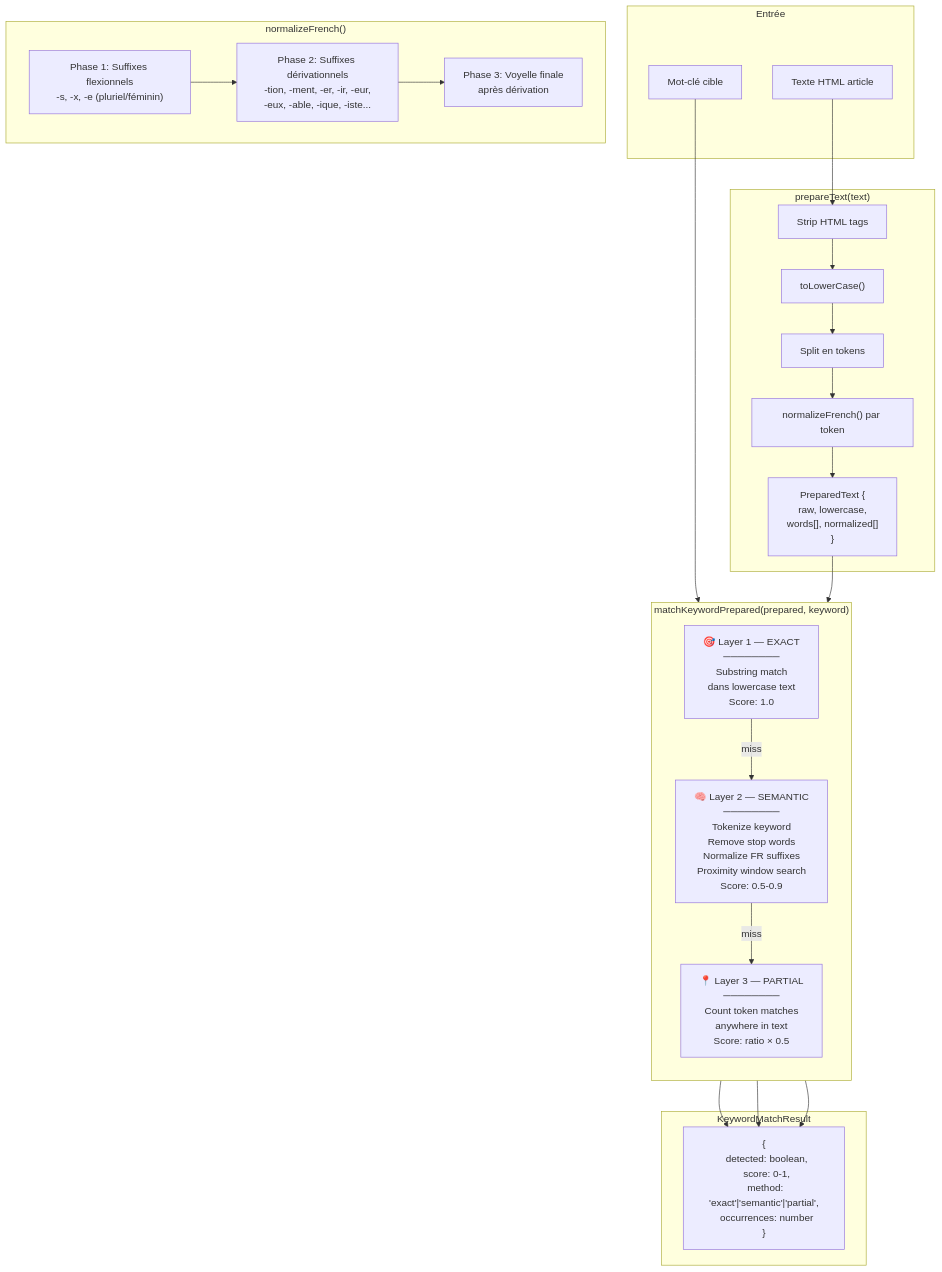
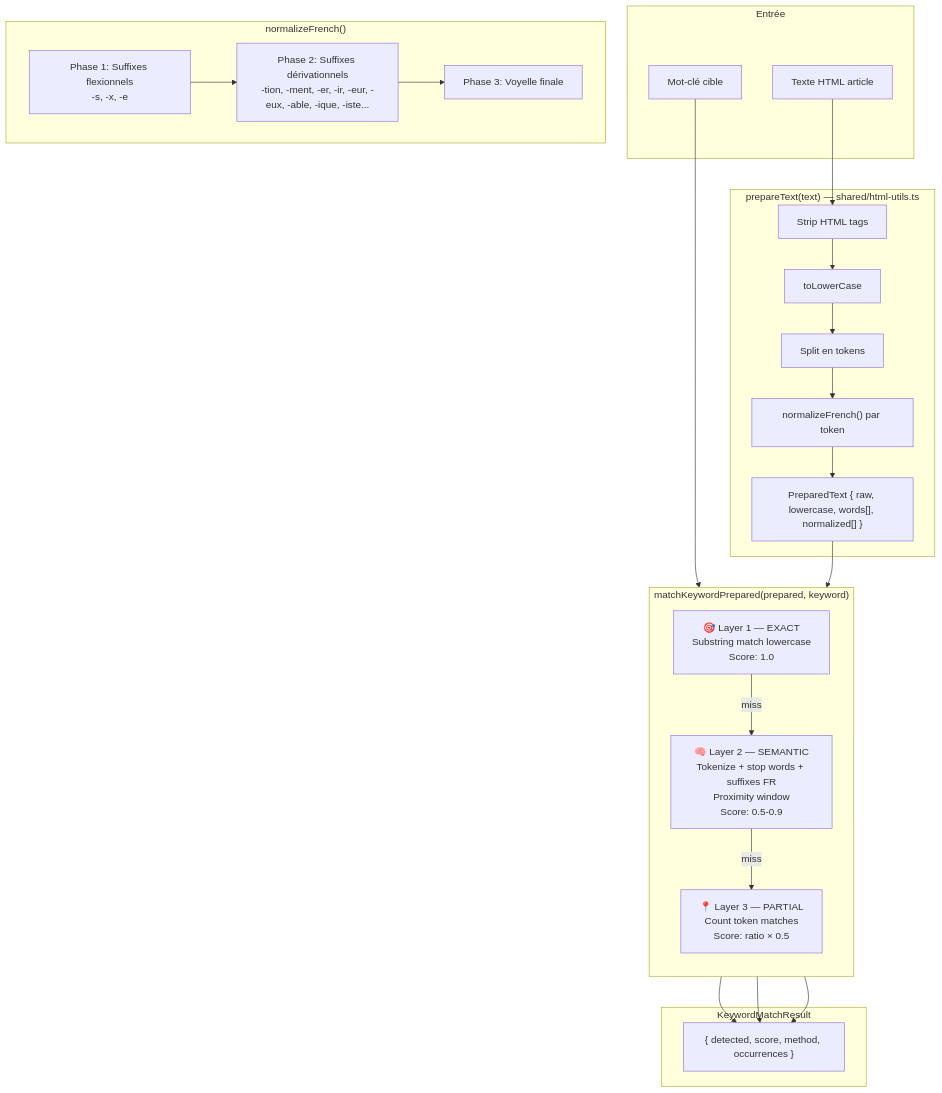
Before and after one commit to annubis-knight/Blog_Redactor_SEO: diagram 18 of 24 in ARCHITECTURE_FLOWS.md, drawn with Mermaid. The commit also changed other lines of this file and 400 other files, not shown here.

````diff
--- a/ARCHITECTURE_FLOWS.md
+++ b/ARCHITECTURE_FLOWS.md
@@ -679,46 +759,46 @@
 ```mermaid
 graph TB
     subgraph Input["Entrée"]
         TEXT["Texte HTML article"]
         KW["Mot-clé cible"]
     end
 
-    subgraph Prepare["prepareText(text)"]
+    subgraph Prepare["prepareText(text) — shared/html-utils.ts"]
         STRIP_HTML["Strip HTML tags"]
-        LOWER["toLowerCase()"]
+        LOWER["toLowerCase"]
         TOKENIZE["Split en tokens"]
         NORMALIZE["normalizeFrench() par token"]
-        PREPARED["PreparedText {<br>  raw, lowercase,<br>  words[], normalized[]<br>}"]
+        PREPARED["PreparedText { raw, lowercase, words[], normalized[] }"]
 
         STRIP_HTML --> LOWER --> TOKENIZE --> NORMALIZE --> PREPARED
     end
 
     subgraph Match["matchKeywordPrepared(prepared, keyword)"]
         direction TB
-        L1["🎯 Layer 1 — EXACT<br>────────<br>Substring match<br>dans lowercase text<br>Score: 1.0"]
-        L2["🧠 Layer 2 — SEMANTIC<br>────────<br>Tokenize keyword<br>Remove stop words<br>Normalize FR suffixes<br>Proximity window search<br>Score: 0.5-0.9"]
-        L3["📍 Layer 3 — PARTIAL<br>────────<br>Count token matches<br>anywhere in text<br>Score: ratio × 0.5"]
+        L1["🎯 Layer 1 — EXACT<br>Substring match lowercase<br>Score: 1.0"]
+        L2["🧠 Layer 2 — SEMANTIC<br>Tokenize + stop words + suffixes FR<br>Proximity window<br>Score: 0.5-0.9"]
+        L3["📍 Layer 3 — PARTIAL<br>Count token matches<br>Score: ratio × 0.5"]
 
         L1 -->|"miss"| L2
         L2 -->|"miss"| L3
     end
 
     subgraph FrenchNLP["normalizeFrench()"]
-        PH1["Phase 1: Suffixes flexionnels<br>-s, -x, -e (pluriel/féminin)"]
-        PH2["Phase 2: Suffixes dérivationnels<br>-tion, -ment, -er, -ir, -eur,<br>-eux, -able, -ique, -iste..."]
-        PH3["Phase 3: Voyelle finale<br>après dérivation"]
+        PH1["Phase 1: Suffixes flexionnels<br>-s, -x, -e"]
+        PH2["Phase 2: Suffixes dérivationnels<br>-tion, -ment, -er, -ir, -eur, -eux, -able, -ique, -iste..."]
+        PH3["Phase 3: Voyelle finale"]
 
         PH1 --> PH2 --> PH3
     end
 
     subgraph Output["KeywordMatchResult"]
-        RES["{<br>  detected: boolean,<br>  score: 0-1,<br>  method: 'exact'|'semantic'|'partial',<br>  occurrences: number<br>}"]
+        RES["{ detected, score, method, occurrences }"]
     end
 
     TEXT --> STRIP_HTML
     KW --> L1
     PREPARED --> L1
     L3 --> RES
     L2 --> RES
     L1 --> RES
 ```
````
